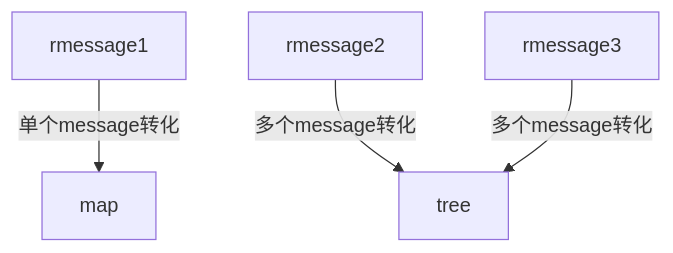
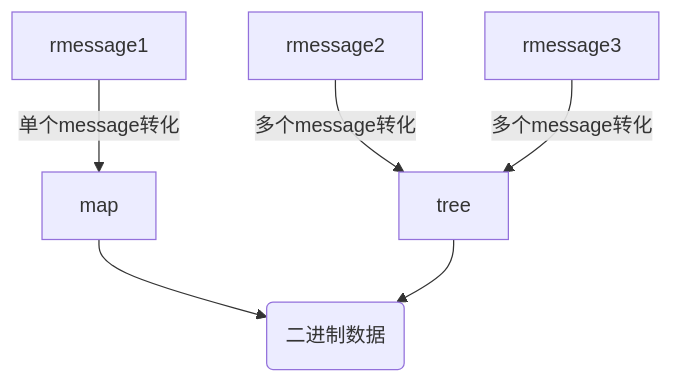
Before and after one commit to hanjingo/doc: the fourth of 4 diagrams in SRC/PBC/summary.md, drawn with Mermaid. The commit also changed other lines of this file and 49 other files, not shown here.

````diff
--- a/SRC/PBC/summary.md
+++ b/SRC/PBC/summary.md
@@ -74,12 +103,13 @@
 ```mermaid
 graph TD
 	rmessage1
 	rmessage2
 	rmessage3
 	map
 	tree
+	bin(二进制数据)
 	
-	rmessage1 --单个message转化--> map
-	rmessage2 --多个message转化--> tree
+	rmessage1 --单个message转化--> map --> bin
+	rmessage2 --多个message转化--> tree --> bin
 	rmessage3 --多个message转化--> tree
 ```
````
